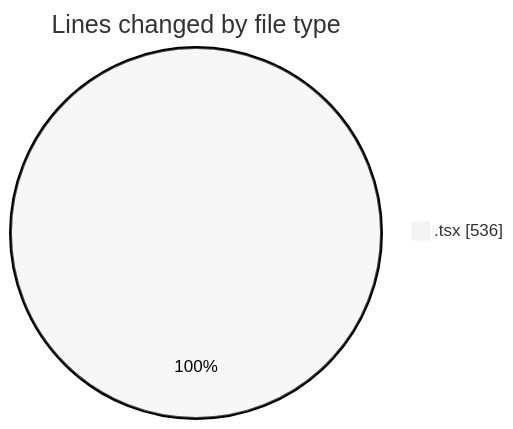
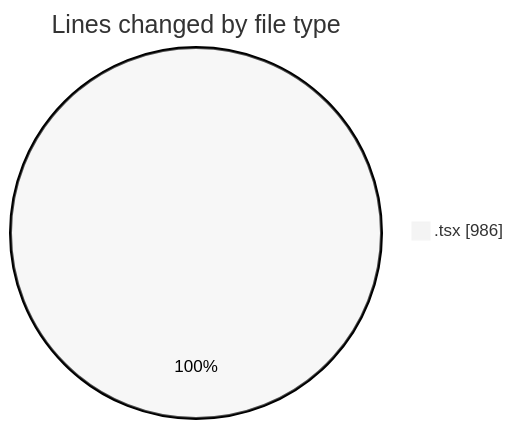
One commit to julien-gomy/code-tracking changed the first of 2 diagrams in 2025-10-10/eventscop-frontend-guide__workspace_/README.md. Above: the diagram before and after it, drawn with Mermaid (neutral theme). The commit also changed other lines of this file and 1 other file, not shown here.

````diff
--- a/2025-10-10/eventscop-frontend-guide__workspace_/README.md
+++ b/2025-10-10/eventscop-frontend-guide__workspace_/README.md
@@ -21,5 +21,5 @@
 ```mermaid
 pie showData
 title Lines changed by file type
-".tsx" : 536
+".tsx" : 986
 ```
````
